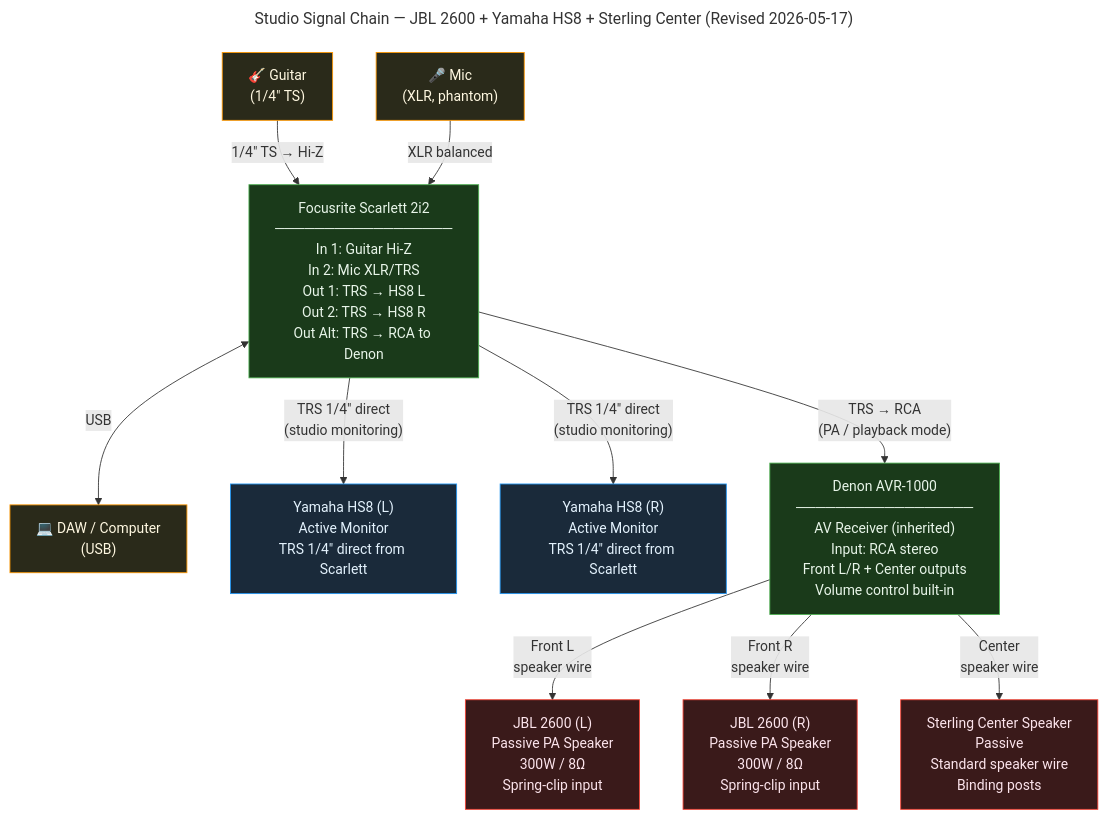
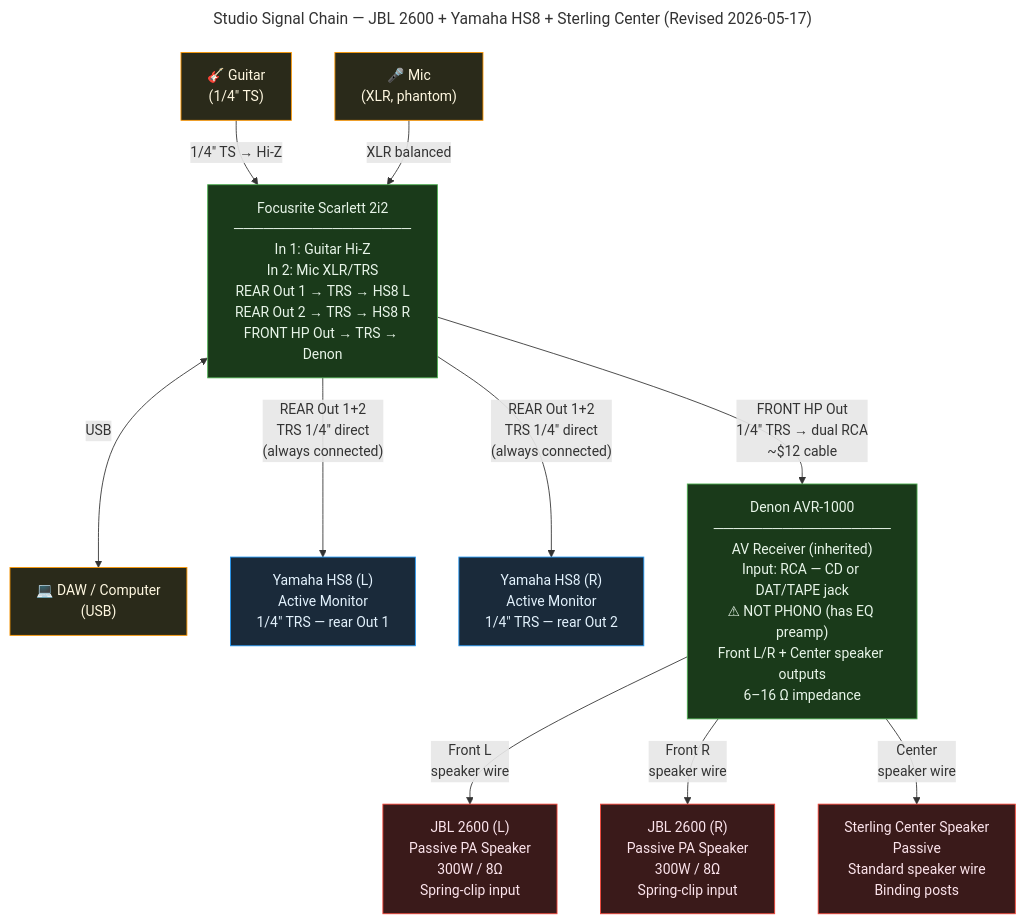
One commit to tylerdrakemusic/Music changed the diagram in docs/studio-wiring-decision.mmd. Above: the diagram before and after it, drawn with Mermaid. The commit also changed 2 other files, not shown here.

Commit message:
fix: correct Scarlett→Denon connection via HP output (not rear line out)
- Scarlett 2i2 rear Out 1+2 → HS8s (always connected)
- Scarlett 2i2 FRONT headphone out → 1/4 TRS to dual RCA → Denon CD/DAT input
- No Y-splitter needed — HP output is a separate path from monitor outputs
- Document Denon input type: standard RCA (phono/cinch) connectors
- Confirm: use CD or DAT/TAPE input, NOT PHONO (has RIAA EQ preamp)
- Speaker impedance 6-16 ohm confirmed from unit label
- One cable to buy: 1/4 TRS male to dual RCA male ~

```diff
--- a/docs/studio-wiring-decision.mmd
+++ b/docs/studio-wiring-decision.mmd
@@ -1,42 +1,42 @@
 ---
 title: Studio Signal Chain — JBL 2600 + Yamaha HS8 + Sterling Center (Revised 2026-05-17)
 ---
 flowchart TD
     Guitar["🎸 Guitar\n(1/4&quot; TS)"]
     Mic["🎤 Mic\n(XLR, phantom)"]
     DAW["💻 DAW / Computer\n(USB)"]
 
-    Interface["Focusrite Scarlett 2i2\n──────────────────\nIn 1: Guitar Hi-Z\nIn 2: Mic XLR/TRS\nOut 1: TRS → HS8 L\nOut 2: TRS → HS8 R\nOut Alt: TRS → RCA to Denon"]
+    Interface["Focusrite Scarlett 2i2\n──────────────────\nIn 1: Guitar Hi-Z\nIn 2: Mic XLR/TRS\nREAR Out 1 → TRS → HS8 L\nREAR Out 2 → TRS → HS8 R\nFRONT HP Out → TRS → Denon"]
 
-    HS8L["Yamaha HS8 (L)\nActive Monitor\nTRS 1/4&quot; direct from Scarlett"]
-    HS8R["Yamaha HS8 (R)\nActive Monitor\nTRS 1/4&quot; direct from Scarlett"]
+    HS8L["Yamaha HS8 (L)\nActive Monitor\n1/4&quot; TRS — rear Out 1"]
+    HS8R["Yamaha HS8 (R)\nActive Monitor\n1/4&quot; TRS — rear Out 2"]
 
-    Denon["Denon AVR-1000\n──────────────────\nAV Receiver (inherited)\nInput: RCA stereo\nFront L/R + Center outputs\nVolume control built-in"]
+    Denon["Denon AVR-1000\n──────────────────\nAV Receiver (inherited)\nInput: RCA — CD or DAT/TAPE jack\n⚠ NOT PHONO (has EQ preamp)\nFront L/R + Center speaker outputs\n6–16 Ω impedance"]
 
     JBL_L["JBL 2600 (L)\nPassive PA Speaker\n300W / 8Ω\nSpring-clip input"]
     JBL_R["JBL 2600 (R)\nPassive PA Speaker\n300W / 8Ω\nSpring-clip input"]
 
     Sterling["Sterling Center Speaker\nPassive\nStandard speaker wire\nBinding posts"]
 
     Guitar -->|"1/4&quot; TS → Hi-Z"| Interface
     Mic -->|"XLR balanced"| Interface
     Interface <-->|"USB"| DAW
 
-    Interface -->|"TRS 1/4&quot; direct\n(studio monitoring)"| HS8L
-    Interface -->|"TRS 1/4&quot; direct\n(studio monitoring)"| HS8R
+    Interface -->|"REAR Out 1+2\nTRS 1/4&quot; direct\n(always connected)"| HS8L
+    Interface -->|"REAR Out 1+2\nTRS 1/4&quot; direct\n(always connected)"| HS8R
 
-    Interface -->|"TRS → RCA\n(PA / playback mode)"| Denon
+    Interface -->|"FRONT HP Out\n1/4&quot; TRS → dual RCA\n~$12 cable"| Denon
 
     Denon -->|"Front L\nspeaker wire"| JBL_L
     Denon -->|"Front R\nspeaker wire"| JBL_R
     Denon -->|"Center\nspeaker wire"| Sterling
 
     classDef inherited fill:#1a3a1a,stroke:#4caf50,color:#e8f5e9
     classDef active fill:#1a2a3a,stroke:#2196f3,color:#e3f2fd
     classDef passive fill:#3a1a1a,stroke:#f44336,color:#fce4ec
     classDef input fill:#2a2a1a,stroke:#ff9800,color:#fff8e1
 
     class Interface,Denon inherited
     class HS8L,HS8R active
     class JBL_L,JBL_R,Sterling passive
     class Guitar,Mic,DAW input
```
